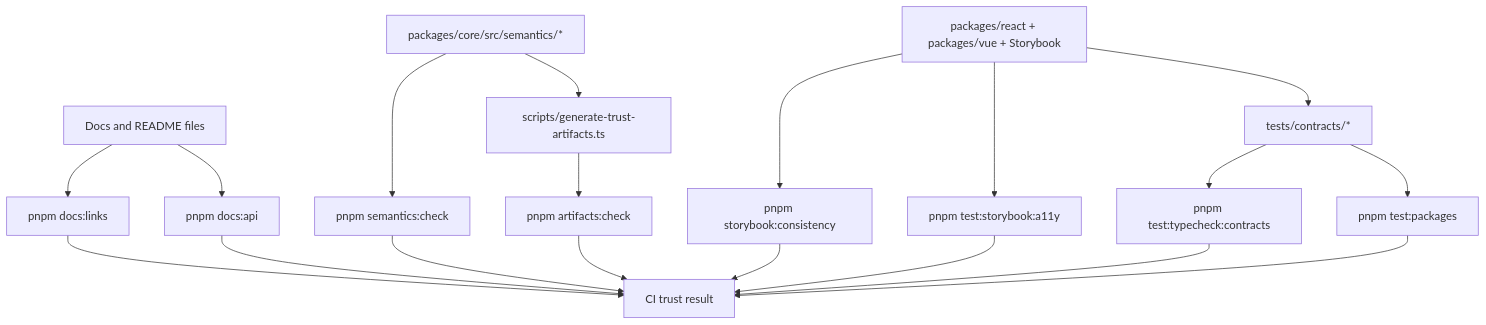
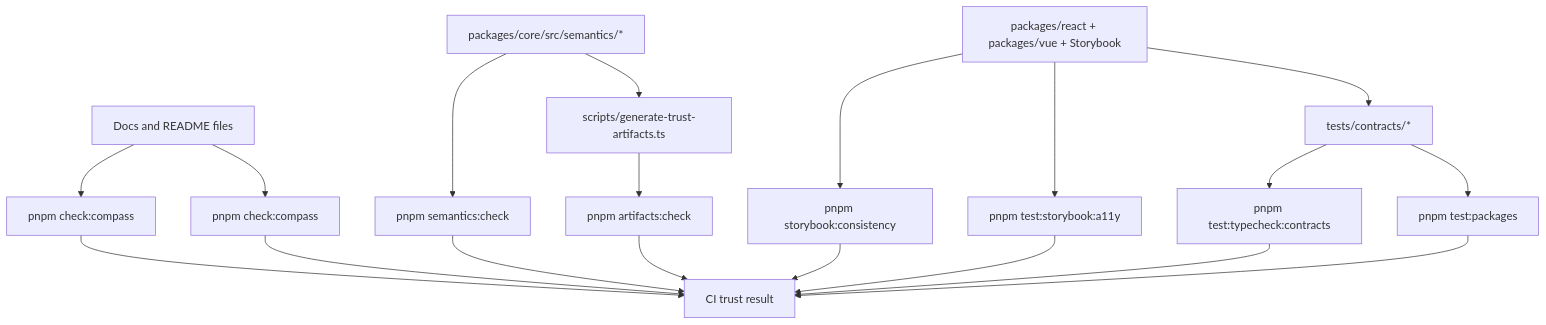
The second of 3 diagrams in docs/reference/governance.md (niklas-westman/marwes), drawn with Mermaid before and after one commit. The commit also changed other lines of this file and 19 other files, not shown here.

````diff
--- a/docs/reference/governance.md
+++ b/docs/reference/governance.md
@@ -94,25 +95,25 @@
 ```mermaid
 graph TD
-  A[Docs and README files] --> B[pnpm docs:links]
-  A --> C[pnpm docs:api]
+  A[Docs and README files] --> B[pnpm check:compass]
+  A --> C[pnpm check:compass]
 
   D[packages/core/src/semantics/*] --> E[pnpm semantics:check]
   D --> F[scripts/generate-trust-artifacts.ts]
 
   F --> G[pnpm artifacts:check]
 
   H[packages/react + packages/vue + Storybook] --> I[pnpm storybook:consistency]
   H --> I2[pnpm test:storybook:a11y]
   H --> J[tests/contracts/*]
   J --> K[pnpm test:typecheck:contracts]
   J --> L[pnpm test:packages]
 
   B --> M[CI trust result]
   C --> M
   E --> M
   G --> M
   I --> M
   I2 --> M
   K --> M
   L --> M
 ```
````
